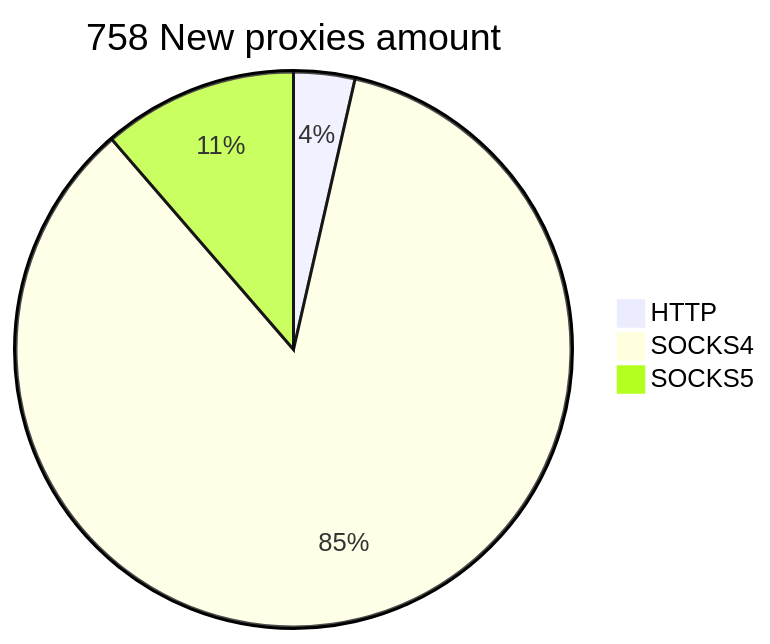
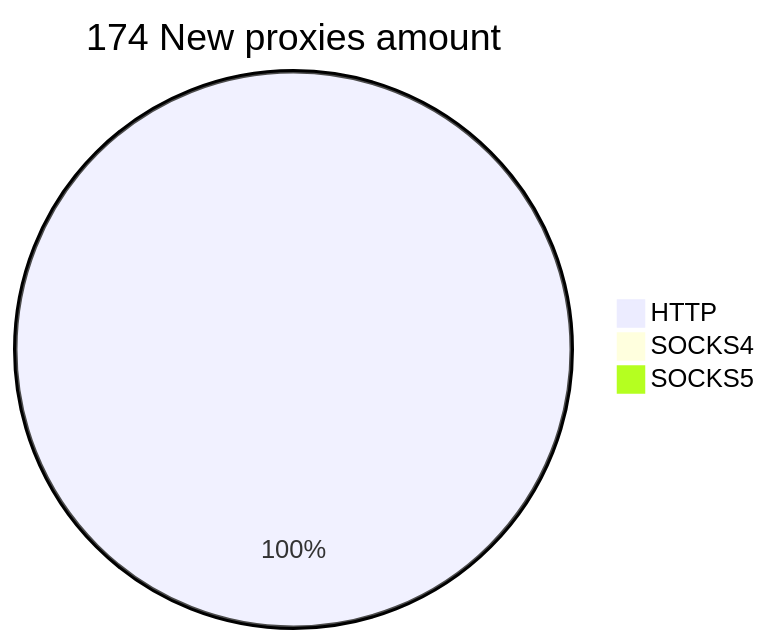
Before and after one commit to cutipu/proxylist: the second of 2 diagrams in README.md, drawn with Mermaid. The commit also changed other lines of this file, not shown here.

````diff
--- a/README.md
+++ b/README.md
@@ -10,6 +10,6 @@
 ```mermaid
-pie title 758 New proxies amount
-    "HTTP" : 27
-    "SOCKS4" : 645
-    "SOCKS5" : 86
+pie title 174 New proxies amount
+    "HTTP" : 271
+    "SOCKS4" : 0
+    "SOCKS5" : 1
 ```
````
